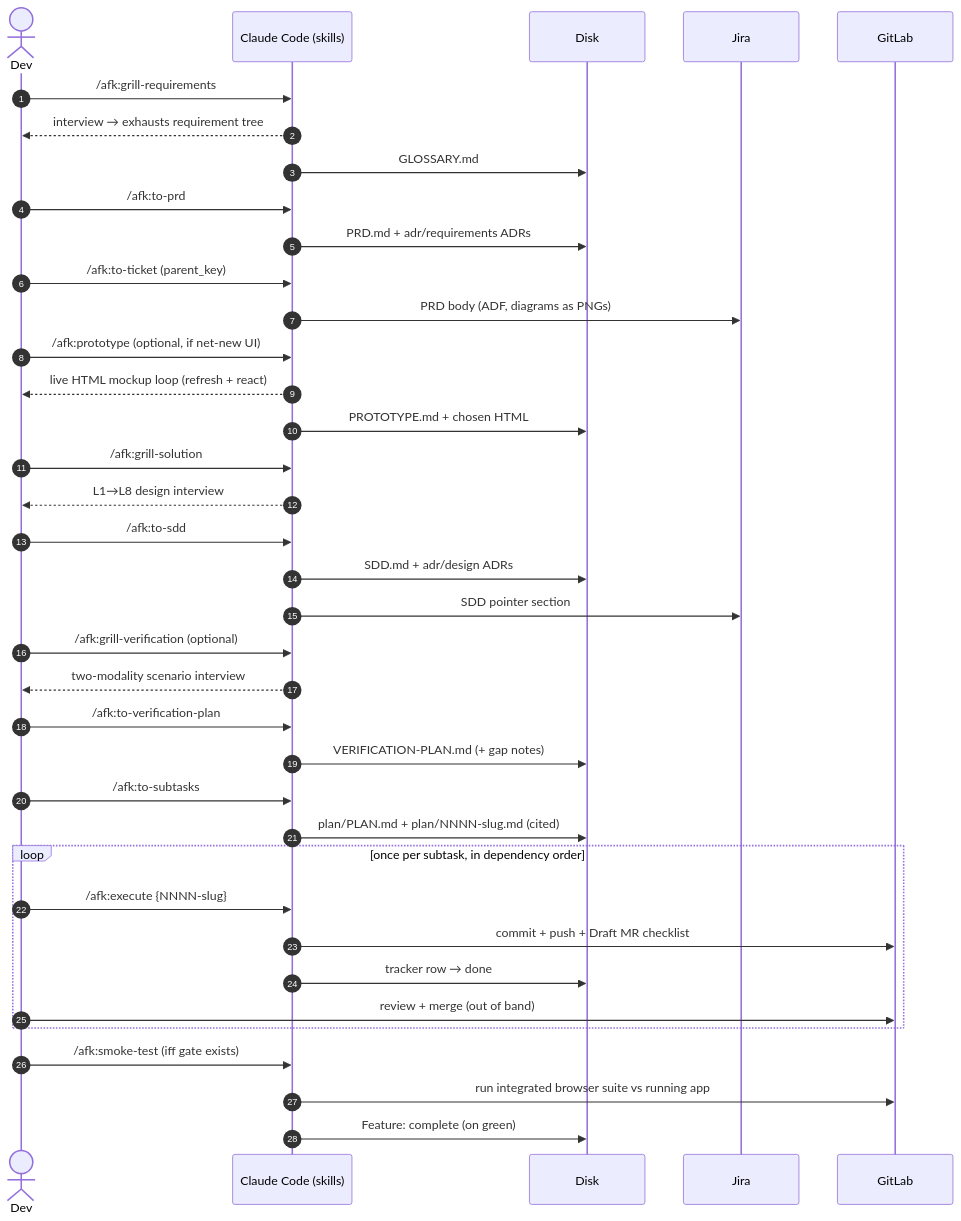
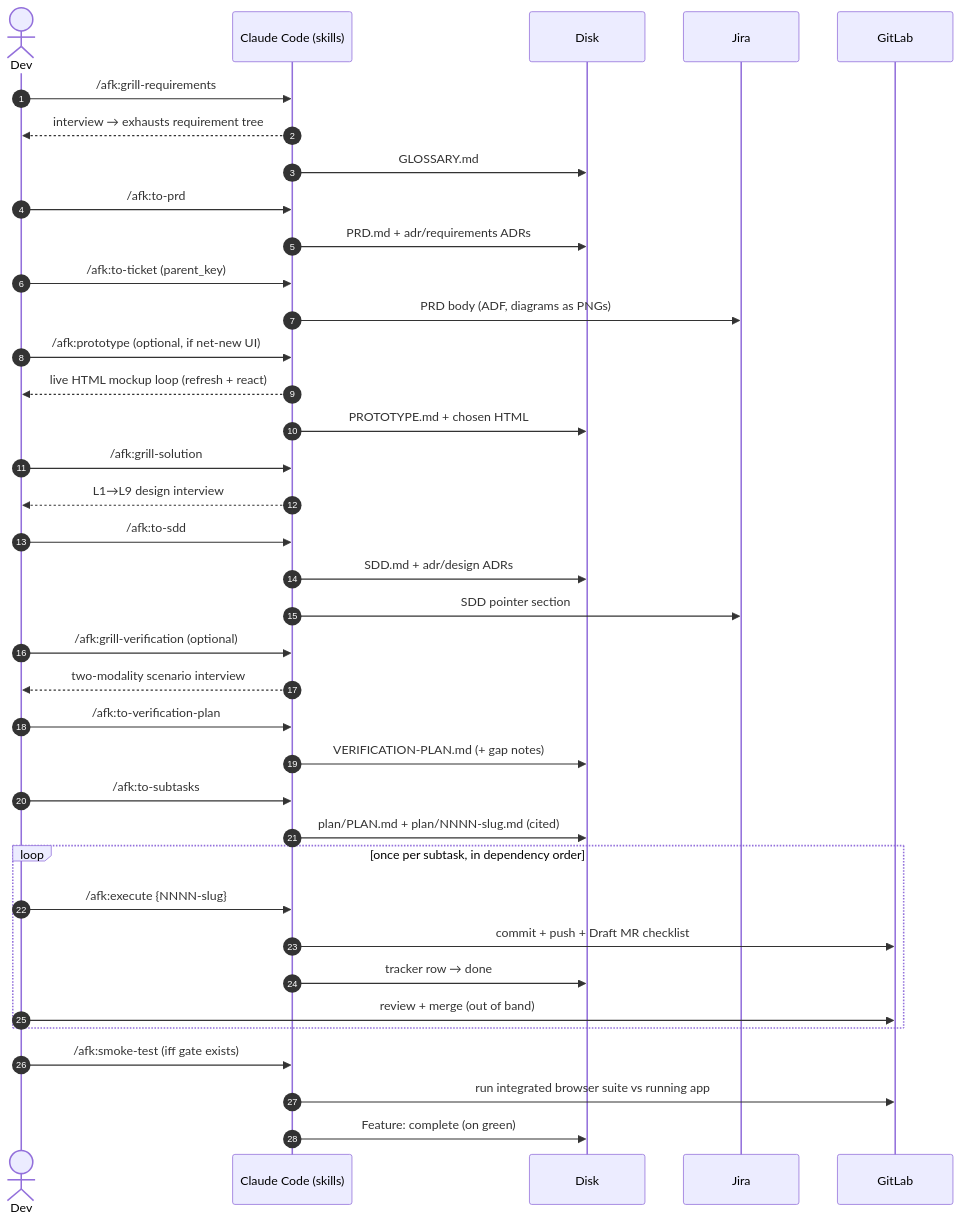
Before and after one commit to midnightblur/afk-driver: the third of 6 diagrams in README.md, drawn with Mermaid. The commit also changed other lines of this file and 26 other files, not shown here.

````diff
--- a/README.md
+++ b/README.md
@@ -241,40 +249,40 @@
 ```mermaid
 sequenceDiagram
     autonumber
     actor Dev
     participant CC as Claude Code (skills)
     participant Disk as Disk
     participant Jira as Jira
     participant GL as GitLab
 
     Dev->>CC: /afk:grill-requirements
     CC-->>Dev: interview → exhausts requirement tree
     CC->>Disk: GLOSSARY.md
     Dev->>CC: /afk:to-prd
     CC->>Disk: PRD.md + adr/requirements ADRs
     Dev->>CC: /afk:to-ticket (parent_key)
     CC->>Jira: PRD body (ADF, diagrams as PNGs)
     Dev->>CC: /afk:prototype (optional, if net-new UI)
     CC-->>Dev: live HTML mockup loop (refresh + react)
     CC->>Disk: PROTOTYPE.md + chosen HTML
     Dev->>CC: /afk:grill-solution
-    CC-->>Dev: L1→L8 design interview
+    CC-->>Dev: L1→L9 design interview
     Dev->>CC: /afk:to-sdd
     CC->>Disk: SDD.md + adr/design ADRs
     CC->>Jira: SDD pointer section
     Dev->>CC: /afk:grill-verification (optional)
     CC-->>Dev: two-modality scenario interview
     Dev->>CC: /afk:to-verification-plan
     CC->>Disk: VERIFICATION-PLAN.md (+ gap notes)
     Dev->>CC: /afk:to-subtasks
     CC->>Disk: plan/PLAN.md + plan/NNNN-slug.md (cited)
     loop once per subtask, in dependency order
         Dev->>CC: /afk:execute {NNNN-slug}
         CC->>GL: commit + push + Draft MR checklist
         CC->>Disk: tracker row → done
         Dev->>GL: review + merge (out of band)
     end
     Dev->>CC: /afk:smoke-test (iff gate exists)
     CC->>GL: run integrated browser suite vs running app
     CC->>Disk: Feature: complete (on green)
 ```
````
